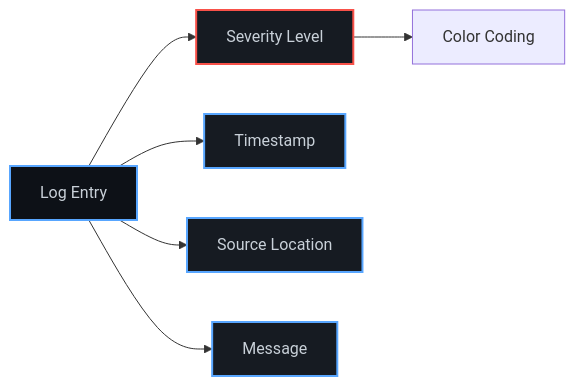
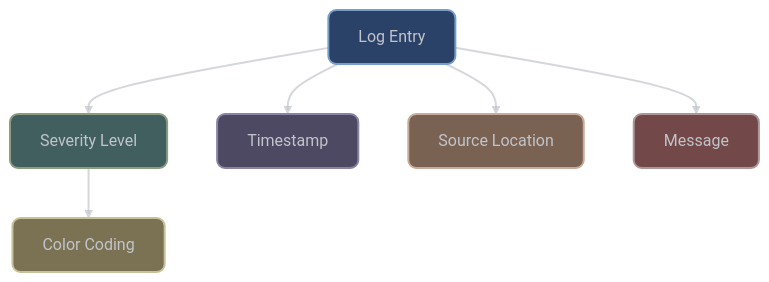
The second of 2 diagrams in docs/src/categories/io/README.md (vorlac/xieite), drawn with Mermaid before and after one commit. The commit also changed other lines of this file and 44 other files, not shown here.

````diff
--- a/docs/src/categories/io/README.md
+++ b/docs/src/categories/io/README.md
@@ -150,17 +175,49 @@
 ```mermaid
-graph LR
+---
+config:
+    theme: 'base'
+    curve: 'straight'
+    themeVariables:
+        darkMode: true
+        clusterBkg: '#22272f62'
+        clusterBorder: '#6a6f77ff'
+        clusterTextColor: '#6a6f77ff'
+        lineColor: '#C1C4CAAA'
+        background: '#262B33'
+        primaryColor: '#2b4268ff'
+        primaryTextColor: '#C1C4CAff'
+        primaryBorderColor: '#6a6f77ff'
+        primaryLabelBkg: '#262B33'
+        secondaryColor: '#425f5fff'
+        secondaryBorderColor: '#8c9c81ff'
+        secondaryTextColor: '#C1C4CAff'
+        tertiaryColor: '#4d4962ff'
+        tertiaryBorderColor: '#8983a5ff'
+        tertiaryTextColor: '#eeeeee55'
+        nodeTextColor: '#C1C4CA'
+        defaultLinkColor: '#C1C4CA'
+        edgeLabelBackground: '#262B33'
+        edgeLabelBorderColor: '#C1C4CA'
+        labelTextColor: '#C1C4CA'
+        errorBkgColor: '#724848ff'
+        errorTextColor: '#C1C4CA'
+---
+graph TD
     Log[Log Entry]
 
     Log --> Level[Severity Level]
     Log --> Time[Timestamp]
     Log --> Location[Source Location]
     Log --> Message[Message]
 
     Level --> Color[Color Coding]
 
-    style Log fill:#0d1117,stroke:#58a6ff,stroke-width:2px,color:#c9d1d9
-    style Level fill:#161b22,stroke:#f85149,stroke-width:2px,color:#c9d1d9
-    style Time fill:#161b22,stroke:#58a6ff,stroke-width:2px,color:#c9d1d9
-    style Location fill:#161b22,stroke:#58a6ff,stroke-width:2px,color:#c9d1d9
-    style Message fill:#161b22,stroke:#58a6ff,stroke-width:2px,color:#c9d1d9
+linkStyle default stroke:#C1C4CAaa,stroke-width:2px,color:#C1C4CAaa
+
+style Log fill:#2b4268ff,stroke:#779DC9ff,stroke-width:2px,color:#C1C4CA,rx:8,ry:8
+style Level fill:#425f5fff,stroke:#8c9c81ff,stroke-width:2px,color:#C1C4CA,rx:8,ry:8
+style Time fill:#4d4962ff,stroke:#8983a5ff,stroke-width:2px,color:#C1C4CA,rx:8,ry:8
+style Location fill:#7a6253ff,stroke:#c7ac9bff,stroke-width:2px,color:#C1C4CA,rx:8,ry:8
+style Message fill:#724848ff,stroke:#ac9696ff,stroke-width:2px,color:#C1C4CA,rx:8,ry:8
+style Color fill:#7a7253ff,stroke:#c7c19bff,stroke-width:2px,color:#C1C4CA,rx:8,ry:8
 ```
````
